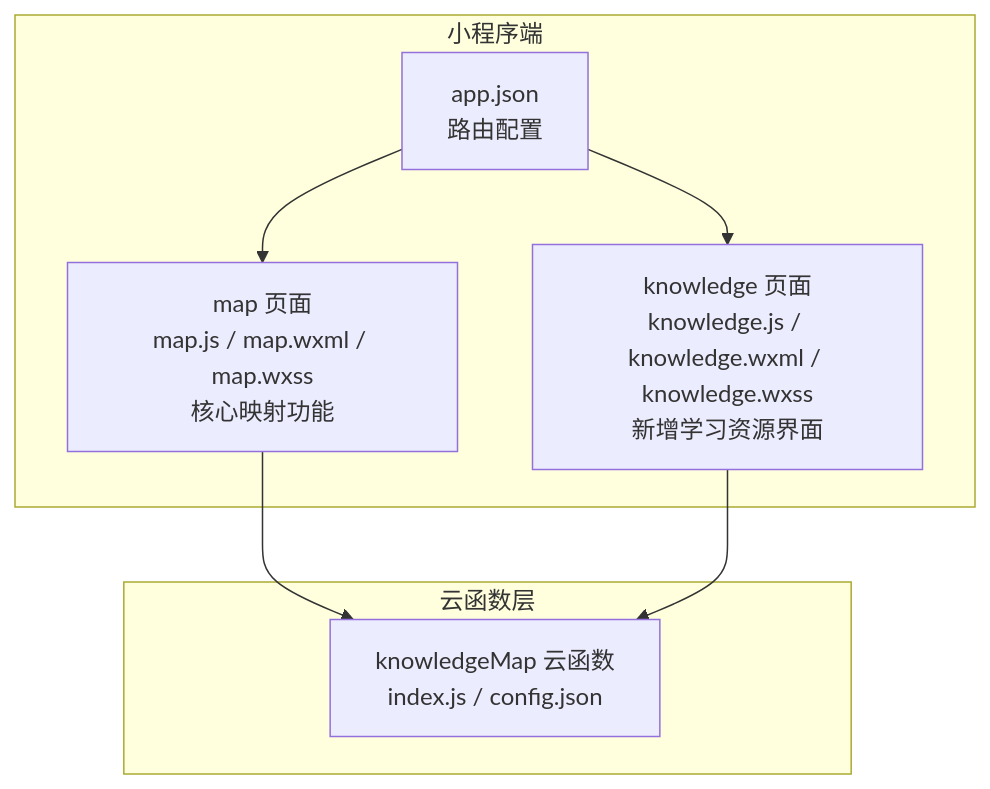
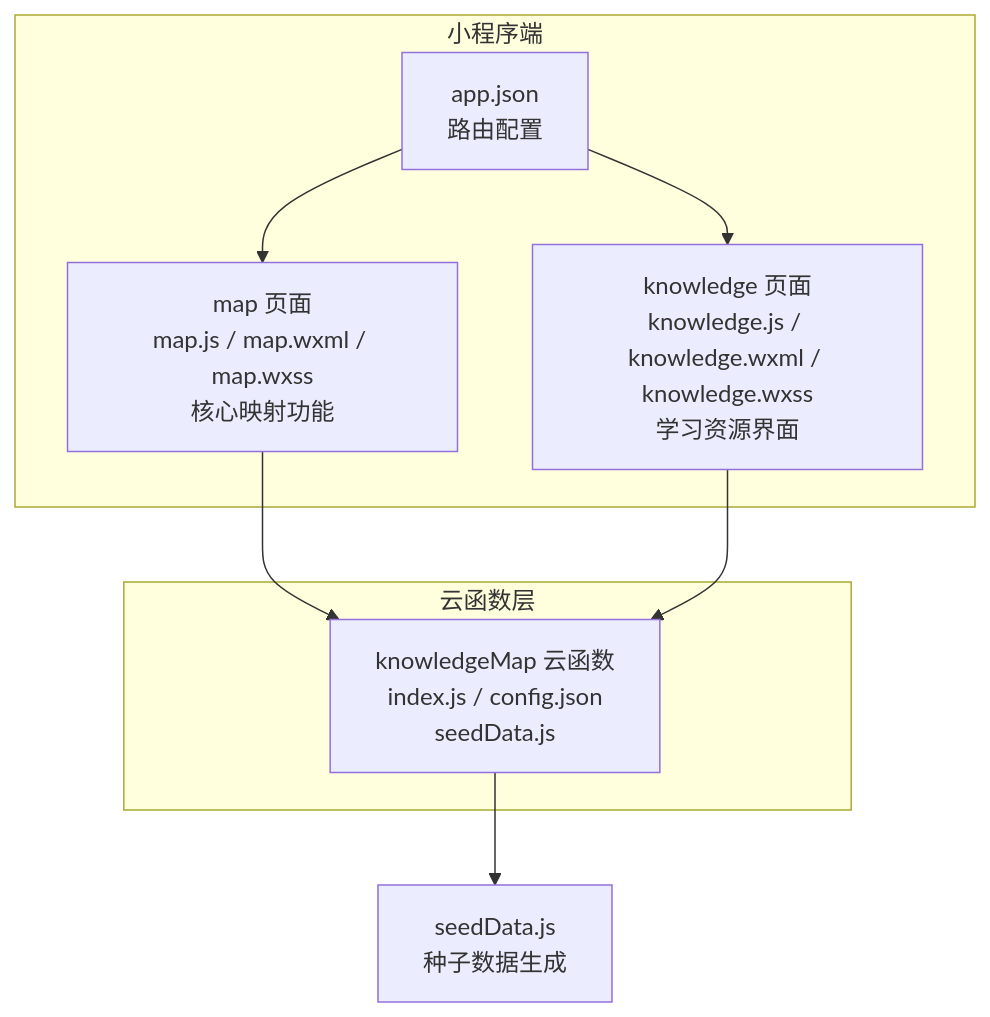
Before and after one commit to cwb7756/bio: the first of 4 diagrams in .qoder/repowiki/zh/content/核心功能模块/知识图谱系统/知识图谱系统.md, drawn with Mermaid. The commit also changed other lines of this file and 35 other files, not shown here.

````diff
--- a/.qoder/repowiki/zh/content/核心功能模块/知识图谱系统/知识图谱系统.md
+++ b/.qoder/repowiki/zh/content/核心功能模块/知识图谱系统/知识图谱系统.md
@@ -54,15 +55,16 @@
 ```mermaid
 graph TB
 subgraph "小程序端"
 APP["app.json<br/>路由配置"]
 MAP_PAGE["map 页面<br/>map.js / map.wxml / map.wxss<br/>核心映射功能"]
-KNOWLEDGE_PAGE["knowledge 页面<br/>knowledge.js / knowledge.wxml / knowledge.wxss<br/>新增学习资源界面"]
+KNOWLEDGE_PAGE["knowledge 页面<br/>knowledge.js / knowledge.wxml / knowledge.wxss<br/>学习资源界面"]
 end
 subgraph "云函数层"
-KM_CF["knowledgeMap 云函数<br/>index.js / config.json"]
+KM_CF["knowledgeMap 云函数<br/>index.js / config.json<br/>seedData.js"]
 end
 APP --> MAP_PAGE
 APP --> KNOWLEDGE_PAGE
 MAP_PAGE --> KM_CF
 KNOWLEDGE_PAGE --> KM_CF
+KM_CF --> SEED_DATA["seedData.js<br/>种子数据生成"]
 ```
````
